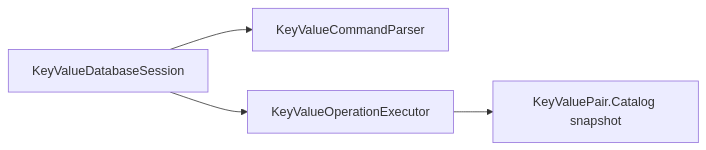
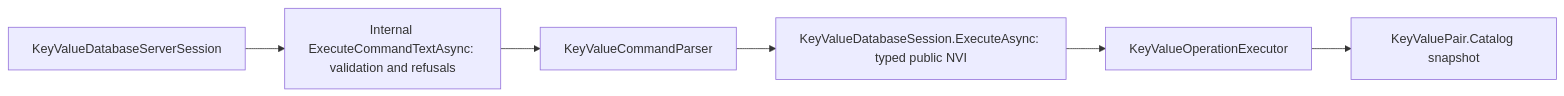
Before and after one commit to assimalign/cohesion-docs: the first of 2 diagrams in docs/dotnet-apis/resources/database/assimalign-cohesion-database-keyvaluepair/design.md, drawn with Mermaid. The commit also changed other lines of this file and 21 other files, not shown here.

````diff
--- a/docs/dotnet-apis/resources/database/assimalign-cohesion-database-keyvaluepair/design.md
+++ b/docs/dotnet-apis/resources/database/assimalign-cohesion-database-keyvaluepair/design.md
@@ -150,6 +156,8 @@
 ```mermaid
 flowchart LR
-    Session["KeyValueDatabaseSession"] --> Parser["KeyValueCommandParser"]
+    Wire["KeyValueDatabaseServerSession"] --> Entry["Internal ExecuteCommandTextAsync: validation and refusals"]
+    Entry --> Parser["KeyValueCommandParser"]
+    Parser --> Session["KeyValueDatabaseSession.ExecuteAsync: typed public NVI"]
     Session --> Executor["KeyValueOperationExecutor"]
     Executor --> Snapshot["KeyValuePair.Catalog snapshot"]
 ```
````
